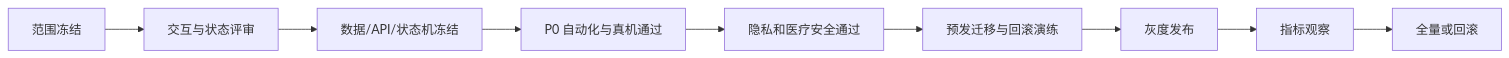
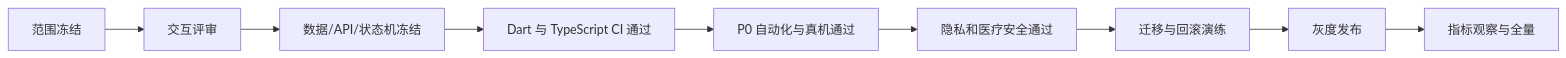
One commit to zhanglongfeng27101797/yayaxingqiu changed the diagram in docs/delivery/acceptance-and-release.md. Above: the diagram before and after it, drawn with Mermaid. The commit also changed other lines of this file and 60 other files, not shown here.

Commit message:
refactor: replace prototype with Flutter and TypeScript foundation

````diff
--- a/docs/delivery/acceptance-and-release.md
+++ b/docs/delivery/acceptance-and-release.md
@@ -41,11 +25,11 @@
 ```mermaid
 flowchart LR
-    A[范围冻结] --> B[交互与状态评审]
+    A[范围冻结] --> B[交互评审]
     B --> C[数据/API/状态机冻结]
-    C --> D[P0 自动化与真机通过]
-    D --> E[隐私和医疗安全通过]
-    E --> F[预发迁移与回滚演练]
-    F --> G[灰度发布]
-    G --> H[指标观察]
-    H --> I[全量或回滚]
+    C --> D[Dart 与 TypeScript CI 通过]
+    D --> E[P0 自动化与真机通过]
+    E --> F[隐私和医疗安全通过]
+    F --> G[迁移与回滚演练]
+    G --> H[灰度发布]
+    H --> I[指标观察与全量]
 ```
````
